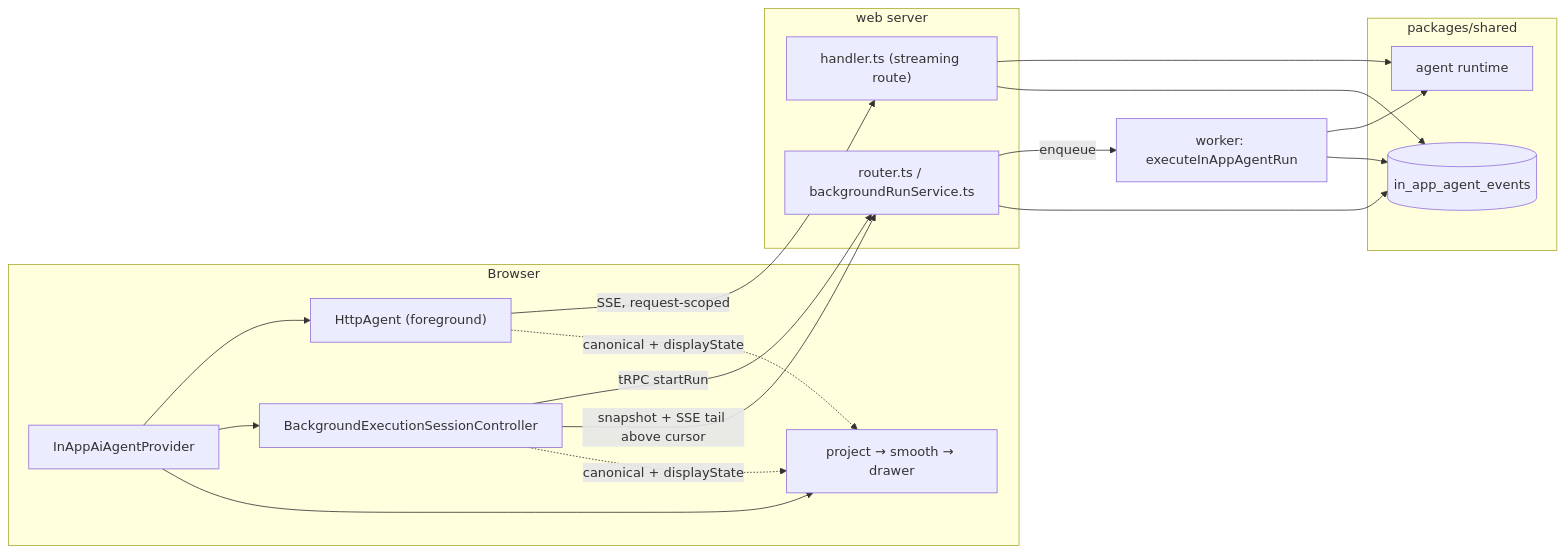
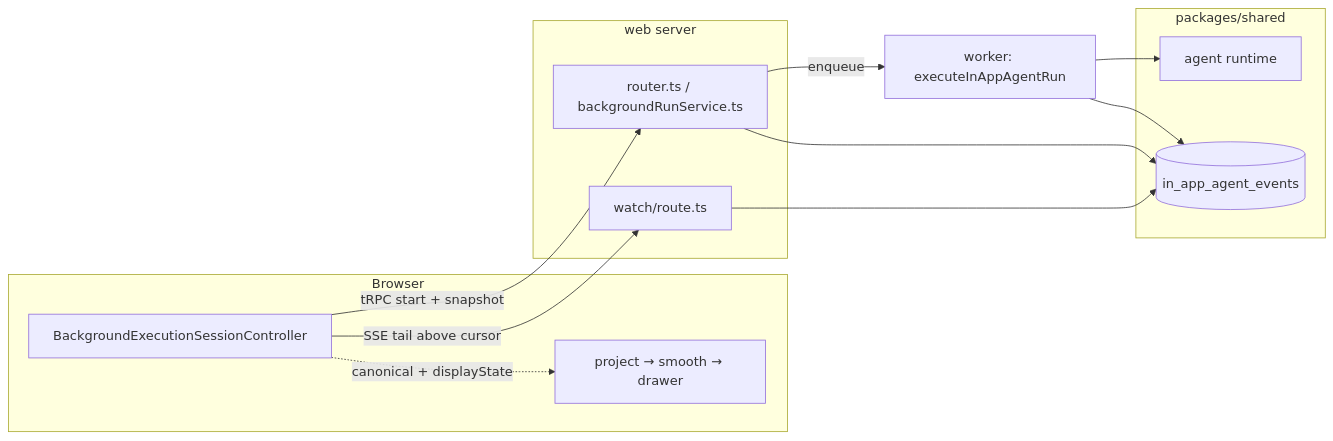
The diagram in knowledge/evaluations/langfuse/web/src/features/in-app-agent/ARCHITECTURE.md (welcomelwd/every-skill), drawn with Mermaid before and after one commit. The commit also changed other lines of this file and 8308 other files, not shown here.

````diff
--- a/knowledge/evaluations/langfuse/web/src/features/in-app-agent/ARCHITECTURE.md
+++ b/knowledge/evaluations/langfuse/web/src/features/in-app-agent/ARCHITECTURE.md
@@ -74,35 +74,26 @@
 ```mermaid
 flowchart LR
   subgraph Browser
-    P["InAppAiAgentProvider"]
-    F["HttpAgent (foreground)"]
     S["BackgroundExecutionSessionController"]
     R["project → smooth → drawer"]
   end
   subgraph WebServer["web server"]
-    H["handler.ts (streaming route)"]
     RT["router.ts / backgroundRunService.ts"]
+    WR["watch/route.ts"]
   end
   subgraph Shared["packages/shared"]
     L[("in_app_agent_events")]
     A["agent runtime"]
   end
   W["worker: executeInAppAgentRun"]
 
-  P --> F
-  F -->|"SSE, request-scoped"| H
-  H --> A
-  H --> L
-
-  P --> S
-  S -->|"tRPC startRun"| RT
+  S -->|"tRPC start + snapshot"| RT
   RT -->|"enqueue"| W
   W --> A
   W --> L
-  S -->|"snapshot + SSE tail above cursor"| RT
+  S -->|"SSE tail above cursor"| WR
   RT --> L
+  WR --> L
 
-  P --> R
   S -.->|"canonical + displayState"| R
-  F -.->|"canonical + displayState"| R
 ```
````
